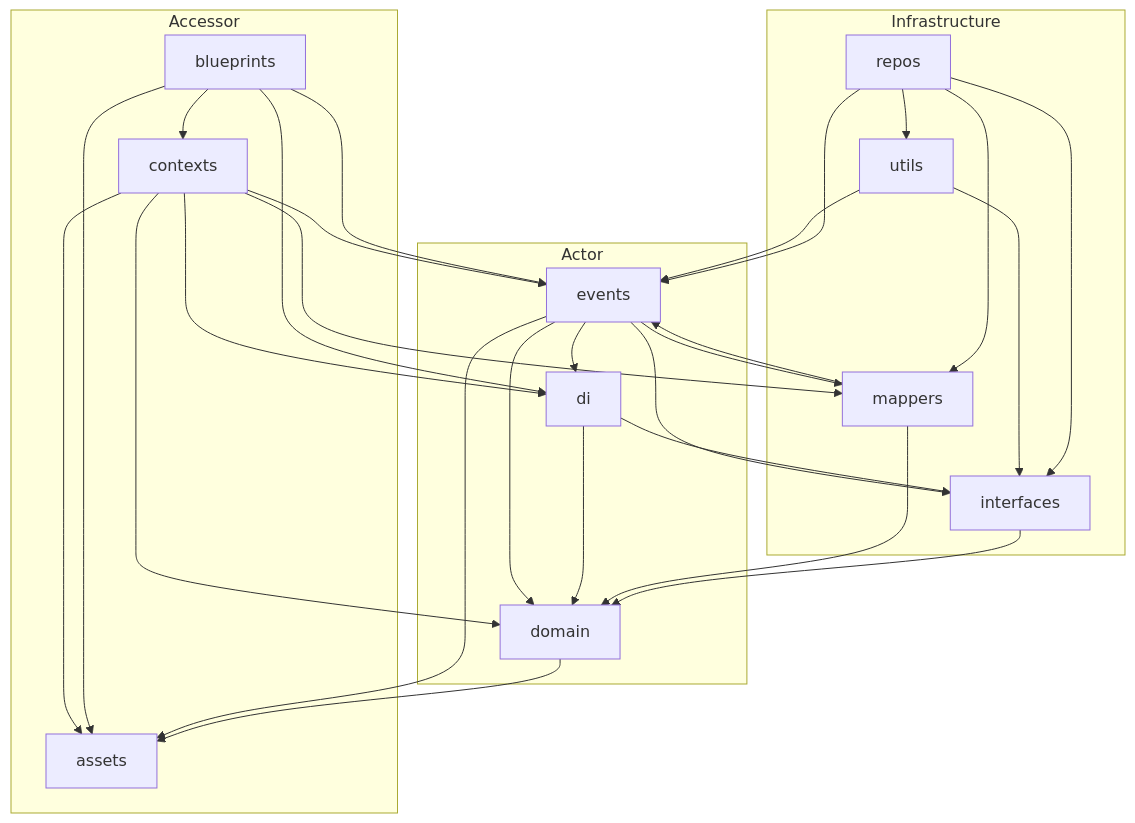
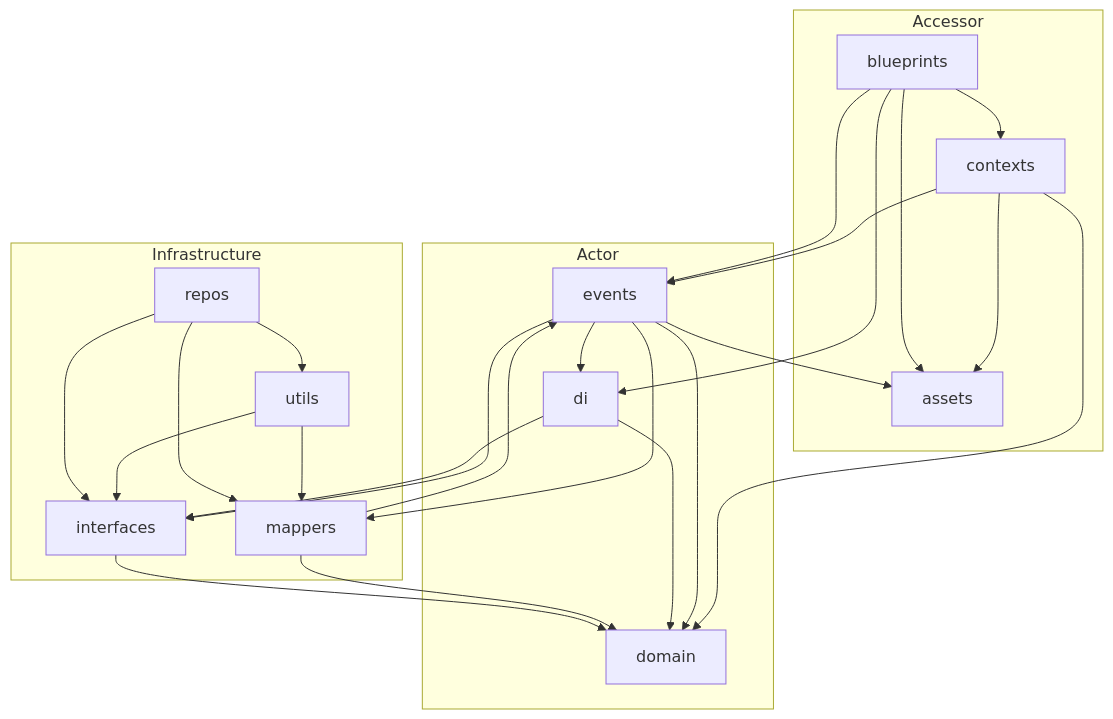
The diagram in docs/collab/agents/skills/tiferet-code-architecture/SKILL.md (greatstrength/tiferet), drawn with Mermaid before and after one commit. The commit also changed other lines of this file and 2 other files, not shown here.

````diff
--- a/docs/collab/agents/skills/tiferet-code-architecture/SKILL.md
+++ b/docs/collab/agents/skills/tiferet-code-architecture/SKILL.md
@@ -33,29 +33,28 @@
 ```mermaid
 flowchart TD
   subgraph Accessor
     assets
     contexts
     blueprints
   end
   subgraph Actor
     domain
     events
     di
   end
   subgraph Infrastructure
     interfaces
     mappers
     utils
     repos
   end
 
-  contexts --> assets & events & domain & mappers & di
+  contexts --> assets & events & domain
   blueprints --> assets & contexts & di & events
   events --> assets & domain & interfaces & mappers & di
-  domain --> assets
   di --> domain & interfaces
   mappers --> domain & events
   interfaces --> domain
-  utils --> interfaces & events
-  repos --> interfaces & mappers & utils & events
+  utils --> interfaces & mappers
+  repos --> interfaces & mappers & utils
 ```
````
